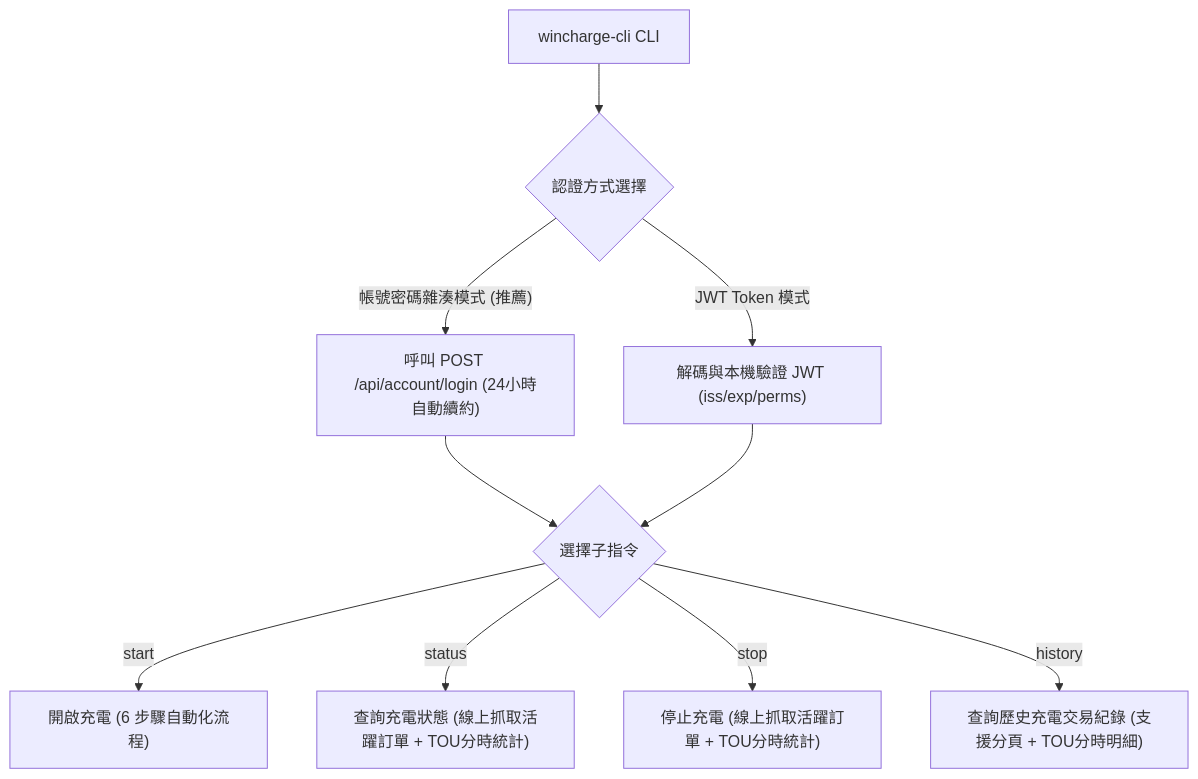
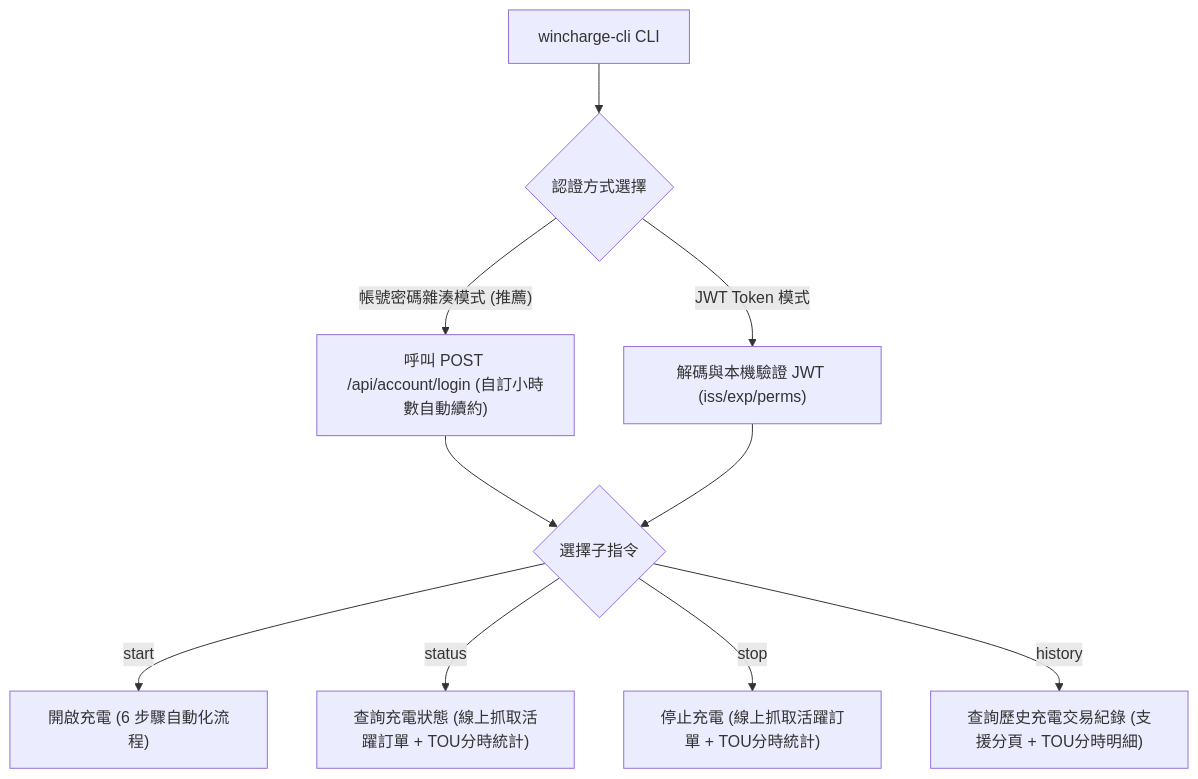
Before and after one commit to shuangrain/wincharge-cli: the first of 2 diagrams in README.md, drawn with Mermaid. The commit also changed other lines of this file and 3 other files, not shown here.

````diff
--- a/README.md
+++ b/README.md
@@ -71,15 +72,15 @@
 ```mermaid
 graph TD
     CLI["wincharge-cli CLI"] --> AuthCheck{"認證方式選擇"}
     
-    AuthCheck -->|"帳號密碼雜湊模式 (推薦)"| AutoLogin["呼叫 POST /api/account/login (24小時自動續約)"]
+    AuthCheck -->|"帳號密碼雜湊模式 (推薦)"| AutoLogin["呼叫 POST /api/account/login (自訂小時數自動續約)"]
     AuthCheck -->|"JWT Token 模式"| JWTValidate["解碼與本機驗證 JWT (iss/exp/perms)"]
     
     AutoLogin --> Subcommands{"選擇子指令"}
     JWTValidate --> Subcommands
     
     Subcommands -->|"start"| StartFlow["開啟充電 (6 步驟自動化流程)"]
     Subcommands -->|"status"| StatusFlow["查詢充電狀態 (線上抓取活躍訂單 + TOU分時統計)"]
     Subcommands -->|"stop"| StopFlow["停止充電 (線上抓取活躍訂單 + TOU分時統計)"]
     Subcommands -->|"history"| HistoryFlow["查詢歷史充電交易紀錄 (支援分頁 + TOU分時明細)"]
 ```
````
